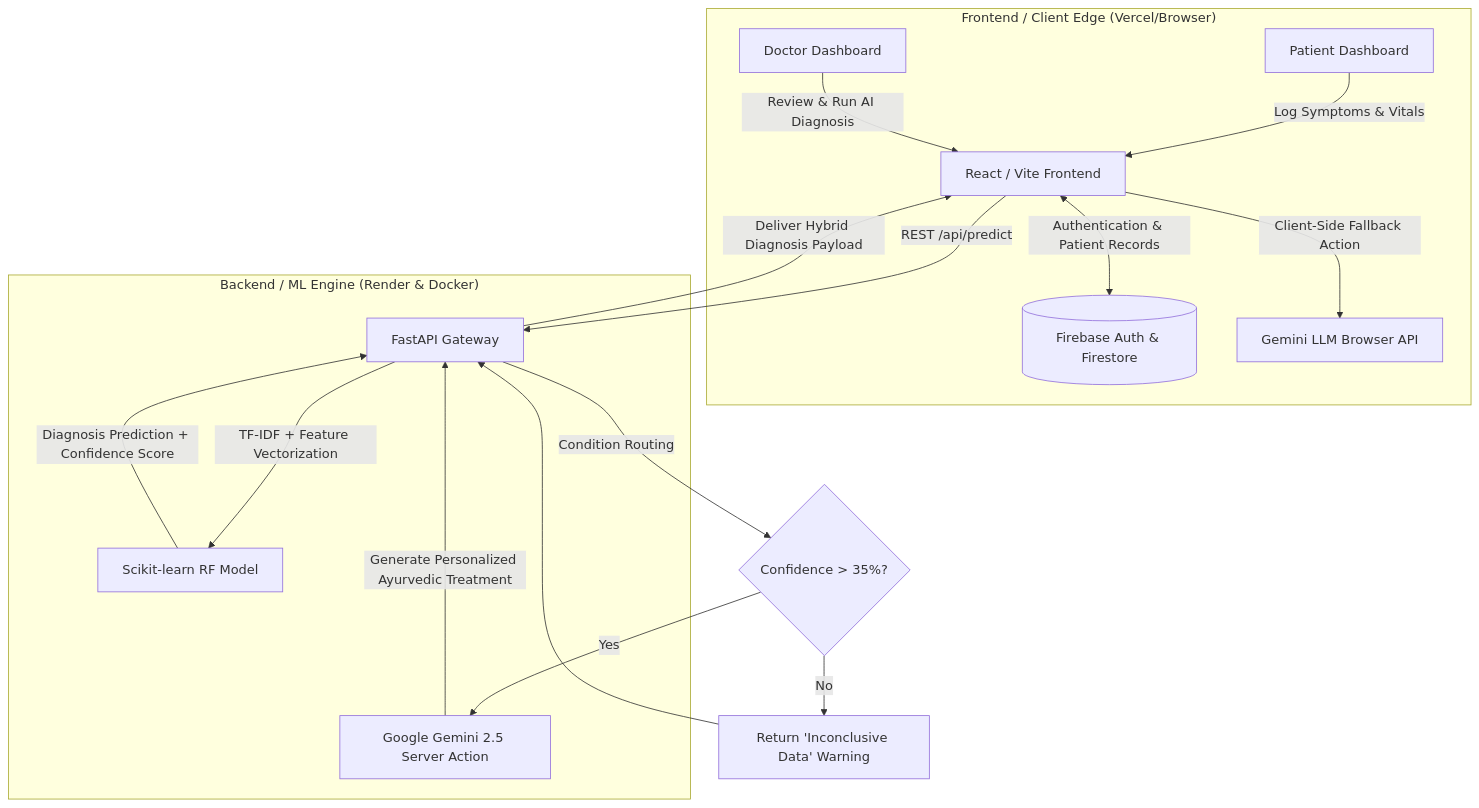
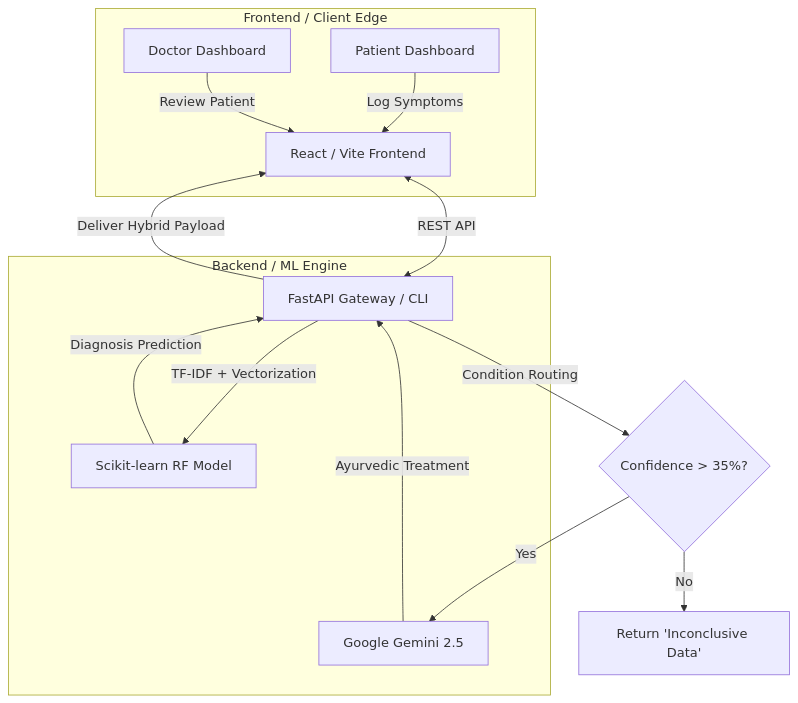
The diagram in README.md (gaur-avvv/Arogya-AI), drawn with Mermaid before and after one commit. The commit also changed other lines of this file, not shown here.

````diff
--- a/README.md
+++ b/README.md
@@ -35,27 +28,22 @@
 ```mermaid
 graph TD
-    subgraph "Frontend / Client Edge (Vercel/Browser)"
-        UI_P[Patient Dashboard] -->|Log Symptoms & Vitals| React[React / Vite Frontend]
-        UI_D[Doctor Dashboard] -->|Review & Run AI Diagnosis| React
-        React <-->|Authentication & Patient Records| Auth[(Firebase Auth & Firestore)]
-        React -->|Client-Side Fallback Action| Gemini_Client[Gemini LLM Browser API]
+    subgraph "Frontend / Client Edge"
+        UI_P[Patient Dashboard] -->|Log Symptoms| React[React / Vite Frontend]
+        UI_D[Doctor Dashboard] -->|Review Patient| React
     end
 
-    subgraph "Backend / ML Engine (Render & Docker)"
-        API[FastAPI Gateway]
+    subgraph "Backend / ML Engine"
+        API[FastAPI Gateway / CLI]
         ML[Scikit-learn RF Model]
-        Gemini[Google Gemini 2.5 Server Action]
+        Gemini[Google Gemini 2.5]
     end
     
-    React -->|REST /api/predict| API
-    API -->|TF-IDF + Feature Vectorization| ML
-    ML -->|Diagnosis Prediction + Confidence Score| API
-    
+    React <-->|REST API| API
+    API -->|TF-IDF + Vectorization| ML
+    ML -->|Diagnosis Prediction| API
     API -->|Condition Routing| Router{Confidence > 35%?}
     Router -- Yes --> Gemini
-    Router -- No --> Fail[Return 'Inconclusive Data' Warning]
-    
-    Gemini -->|Generate Personalized Ayurvedic Treatment| API
-    Fail --> API
-    API -->|Deliver Hybrid Diagnosis Payload| React
+    Router -- No --> Fail[Return 'Inconclusive Data']
+    Gemini -->|Ayurvedic Treatment| API
+    API -->|Deliver Hybrid Payload| React
 ```
````
